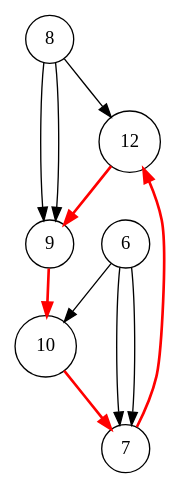
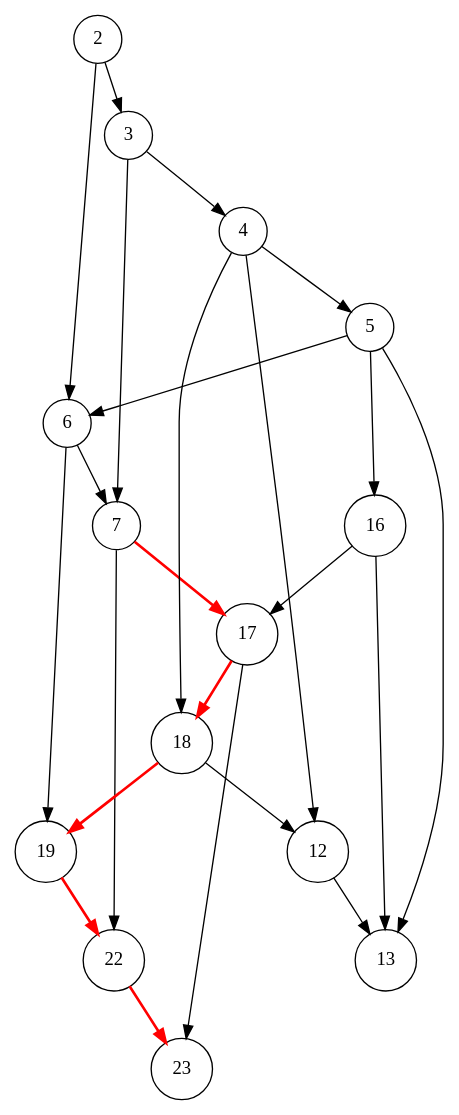
Before and after one commit to gintskk/execution-log-parser: the diagram in execution_9.dot, drawn with Graphviz. The commit also changed 22 other files, not shown here.

```diff
--- a/execution_9.dot
+++ b/execution_9.dot
@@ -1,14 +1,27 @@
 digraph execution {
   node [shape=circle];
-  12 -> 9 [color=red, penwidth=2.0];
-  10 -> 7 [color=red, penwidth=2.0];
-  7 -> 12 [color=red, penwidth=2.0];
+  7 -> 22;
+  7 -> 17 [color=red, penwidth=2.0];
   6 -> 7;
-  6 -> 10;
-  6 -> 7;
-  9 -> 10 [color=red, penwidth=2.0];
-  8 -> 9;
-  8 -> 12;
-  8 -> 9;
-  {node [style=filled, fillcolor=lightpink] 12 9 10 7 12 }
+  6 -> 19;
+  22 -> 23 [color=red, penwidth=2.0];
+  5 -> 6;
+  5 -> 16;
+  5 -> 13;
+  4 -> 5;
+  4 -> 18;
+  4 -> 12;
+  3 -> 4;
+  3 -> 7;
+  19 -> 22 [color=red, penwidth=2.0];
+  2 -> 3;
+  2 -> 6;
+  12 -> 13;
+  18 -> 19 [color=red, penwidth=2.0];
+  18 -> 12;
+  17 -> 18 [color=red, penwidth=2.0];
+  17 -> 23;
+  16 -> 17;
+  16 -> 13;
+  {node [style=filled, fillcolor=lightpink] 22 23 7 17 18 19 22 }
 }
```
